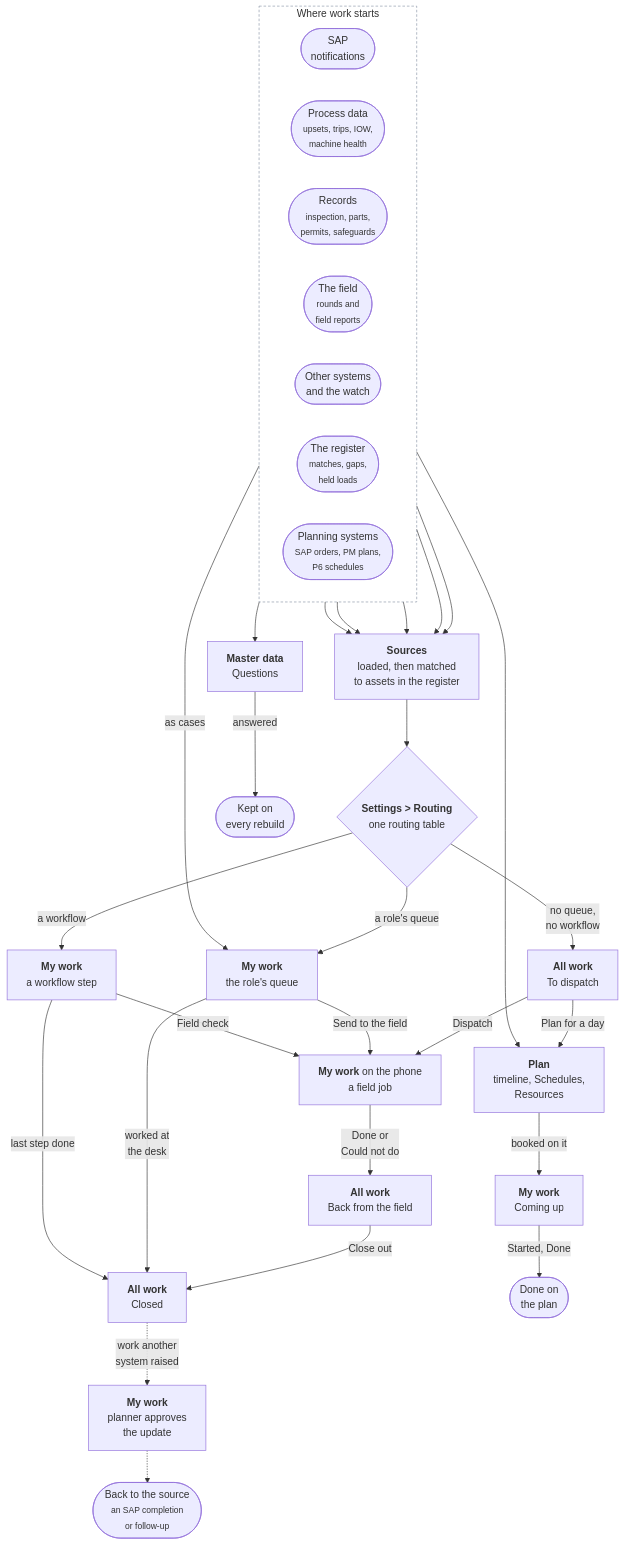
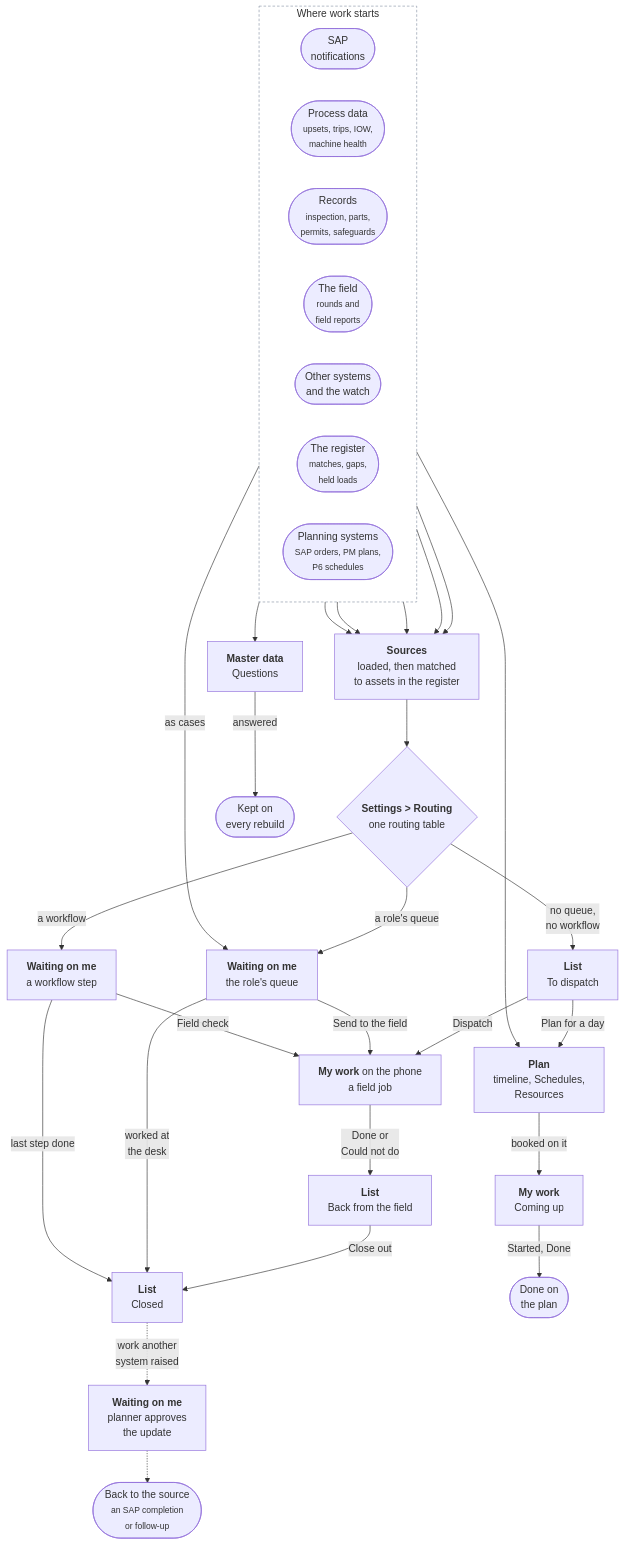
The first of 5 diagrams in docs/work-map.md (areed145/fuzer), drawn with Mermaid before and after one commit. The commit also changed other lines of this file and 12 other files, not shown here.

First line of the commit message:
Docs: every source of work, and how each is matched, routed, dispatched and closed

````diff
--- a/docs/work-map.md
+++ b/docs/work-map.md
@@ -22,40 +22,40 @@
 ```mermaid
 flowchart TB
   subgraph S["Where work starts"]
     direction LR
     s_sap(["SAP<br>notifications"])
     s_det(["Process data<br><small>upsets, trips, IOW,<br>machine health</small>"])
     s_rec(["Records<br><small>inspection, parts,<br>permits, safeguards</small>"])
     s_fld(["The field<br><small>rounds and<br>field reports</small>"])
     s_ext(["Other systems<br>and the watch"])
     s_reg(["The register<br><small>matches, gaps,<br>held loads</small>"])
     s_pln(["Planning systems<br><small>SAP orders, PM plans,<br>P6 schedules</small>"])
   end
 
   s_sap & s_det & s_rec & s_fld & s_ext --> match["<b>Sources</b><br>loaded, then matched<br>to assets in the register"]
   match --> route{"<b>Settings &gt; Routing</b><br>one routing table"}
 
-  route -->|"no queue,<br>no workflow"| todisp["<b>All work</b><br>To dispatch"]
-  route -->|"a role's queue"| queue["<b>My work</b><br>the role's queue"]
-  route -->|"a workflow"| step["<b>My work</b><br>a workflow step"]
+  route -->|"no queue,<br>no workflow"| todisp["<b>List</b><br>To dispatch"]
+  route -->|"a role's queue"| queue["<b>Waiting on me</b><br>the role's queue"]
+  route -->|"a workflow"| step["<b>Waiting on me</b><br>a workflow step"]
   s_reg --> md["<b>Master data</b><br>Questions"]
   s_reg -->|"as cases"| queue
   s_pln --> plan["<b>Plan</b><br>timeline, Schedules,<br>Resources"]
 
   todisp -->|Dispatch| job["<b>My work</b> on the phone<br>a field job"]
   todisp -->|"Plan for a day"| plan
   queue -->|"Send to the field"| job
   step -->|"Field check"| job
   plan -->|"booked on it"| coming["<b>My work</b><br>Coming up"]
 
-  job -->|"Done or<br>Could not do"| back["<b>All work</b><br>Back from the field"]
-  back -->|"Close out"| closed["<b>All work</b><br>Closed"]
+  job -->|"Done or<br>Could not do"| back["<b>List</b><br>Back from the field"]
+  back -->|"Close out"| closed["<b>List</b><br>Closed"]
   queue -->|"worked at<br>the desk"| closed
   step -->|"last step done"| closed
   md -->|answered| kept(["Kept on<br>every rebuild"])
   coming -->|"Started, Done"| plandone(["Done on<br>the plan"])
 
-  closed -.->|"work another<br>system raised"| approve["<b>My work</b><br>planner approves<br>the update"]
+  closed -.->|"work another<br>system raised"| approve["<b>Waiting on me</b><br>planner approves<br>the update"]
   approve -.-> src(["Back to the source<br><small>an SAP completion<br>or follow-up</small>"])
   style S fill:transparent,stroke:#8a94a6,stroke-dasharray:4 3
 ```
````
